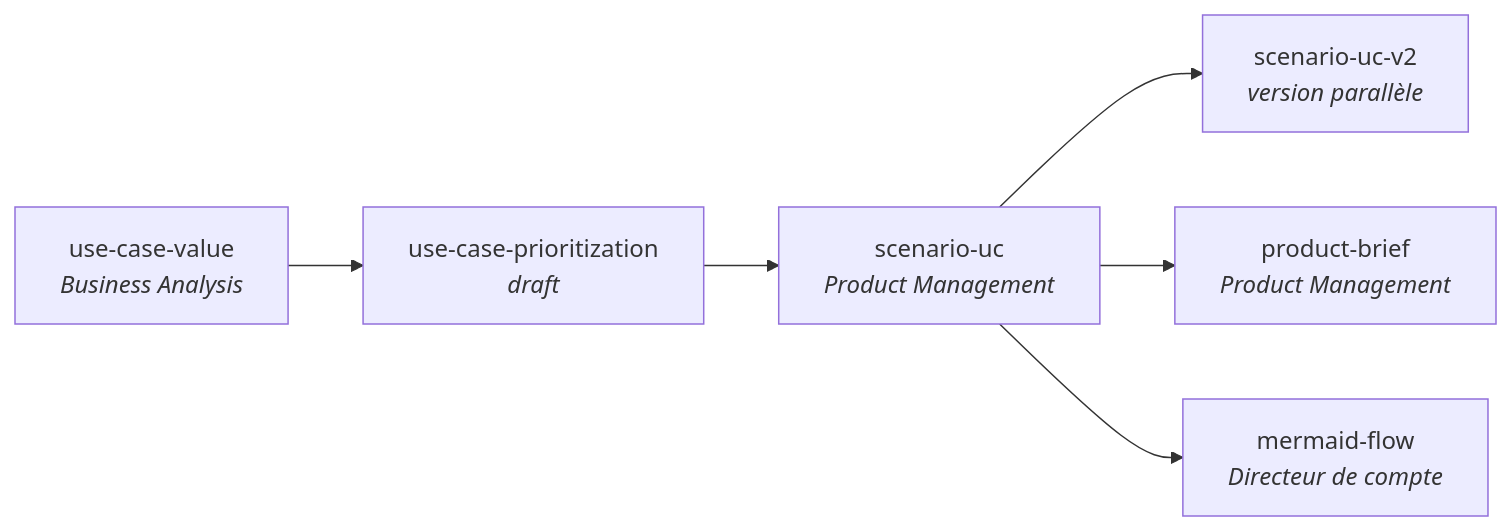
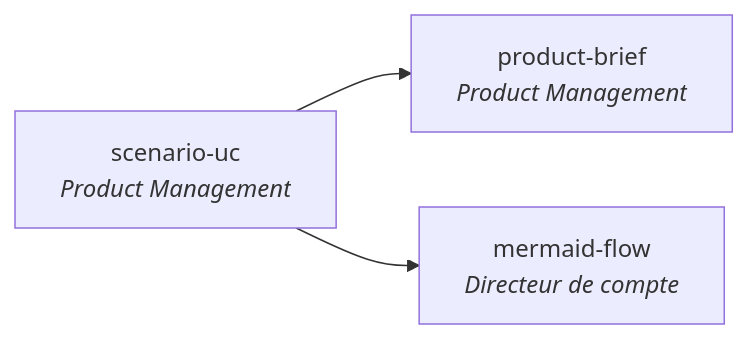
Before and after one commit to RunLittleTurtle/skills: the diagram in README.md, drawn with Mermaid. The commit also changed other lines of this file and 52 other files, not shown here.

````diff
--- a/README.md
+++ b/README.md
@@ -49,8 +51,5 @@
 ```mermaid
 flowchart LR
-  A[use-case-value<br/><i>Business Analysis</i>] --> B[use-case-prioritization<br/><i>draft</i>]
-  B --> C[scenario-uc<br/><i>Product Management</i>]
-  C --> C2[scenario-uc-v2<br/><i>version parallèle</i>]
-  C --> D[product-brief<br/><i>Product Management</i>]
+  C[scenario-uc<br/><i>Product Management</i>] --> D[product-brief<br/><i>Product Management</i>]
   C --> E[mermaid-flow<br/><i>Directeur de compte</i>]
 ```
````
